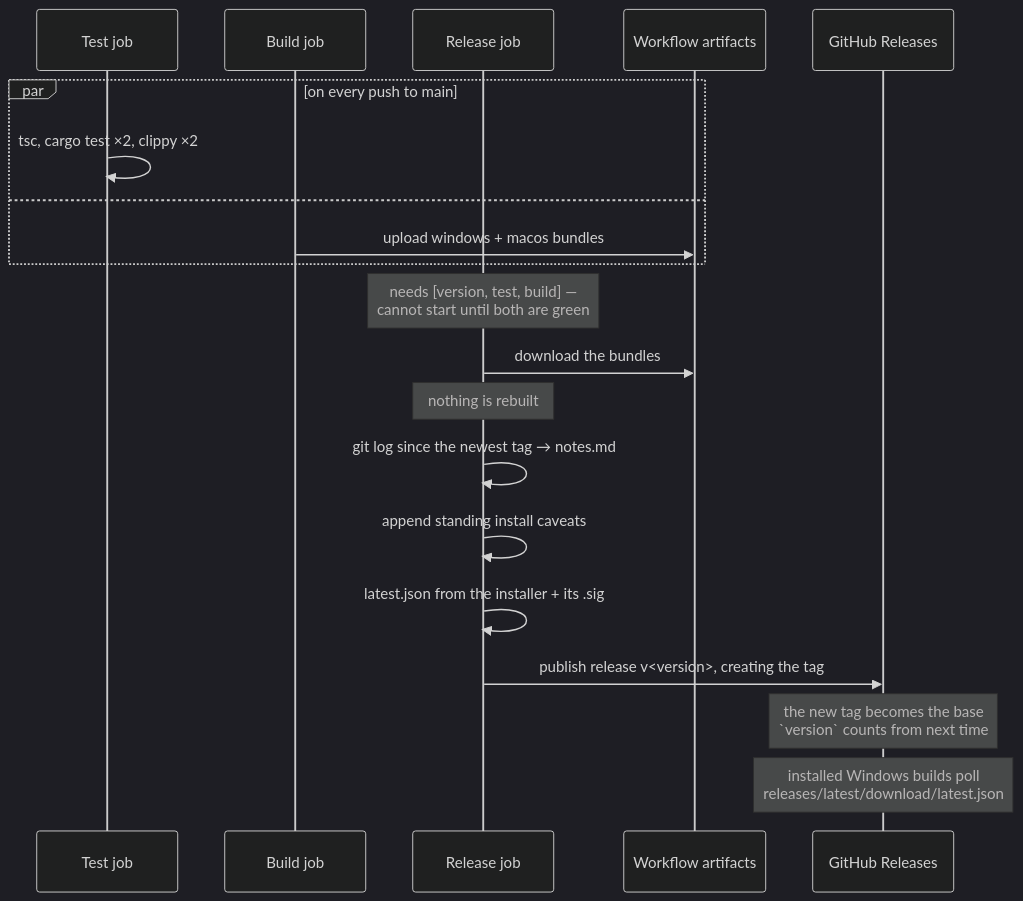
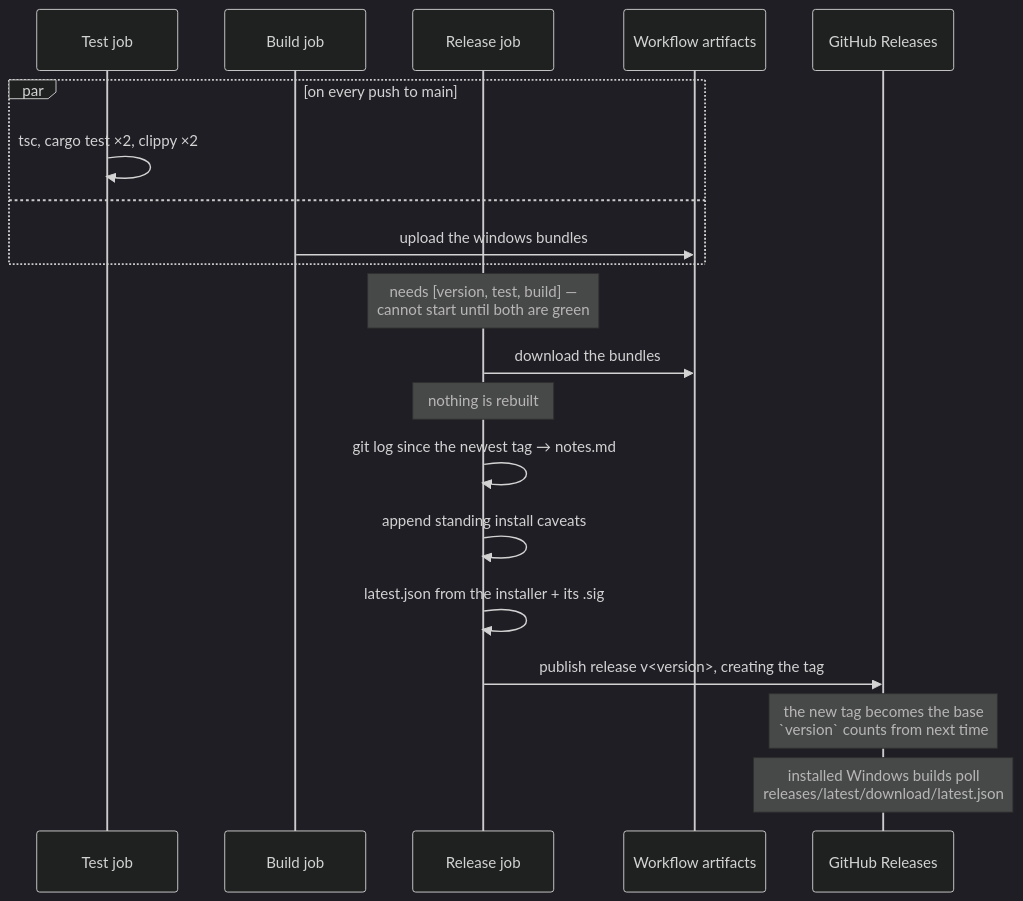
One commit to NinjaGoldfinch/ninja-recorder changed the third of 3 diagrams in docs/ci-and-releases.md. Above: the diagram before and after it, drawn with Mermaid (dark theme). The commit also changed other lines of this file and 9 other files, not shown here.

````diff
--- a/docs/ci-and-releases.md
+++ b/docs/ci-and-releases.md
@@ -133,23 +132,23 @@
 ```mermaid
 sequenceDiagram
     participant T as Test job
     participant B as Build job
     participant CI as Release job
     participant A as Workflow artifacts
     participant G as GitHub Releases
 
     par on every push to main
         T->>T: tsc, cargo test ×2, clippy ×2
     and
-        B->>A: upload windows + macos bundles
+        B->>A: upload the windows bundles
     end
     Note over CI: needs [version, test, build] —<br/>cannot start until both are green
     CI->>A: download the bundles
     Note over CI: nothing is rebuilt
     CI->>CI: git log since the newest tag → notes.md
     CI->>CI: append standing install caveats
     CI->>CI: latest.json from the installer + its .sig
     CI->>G: publish release v<version>, creating the tag
     Note over G: the new tag becomes the base<br/>`version` counts from next time
     Note over G: installed Windows builds poll<br/>releases/latest/download/latest.json
 ```
````
